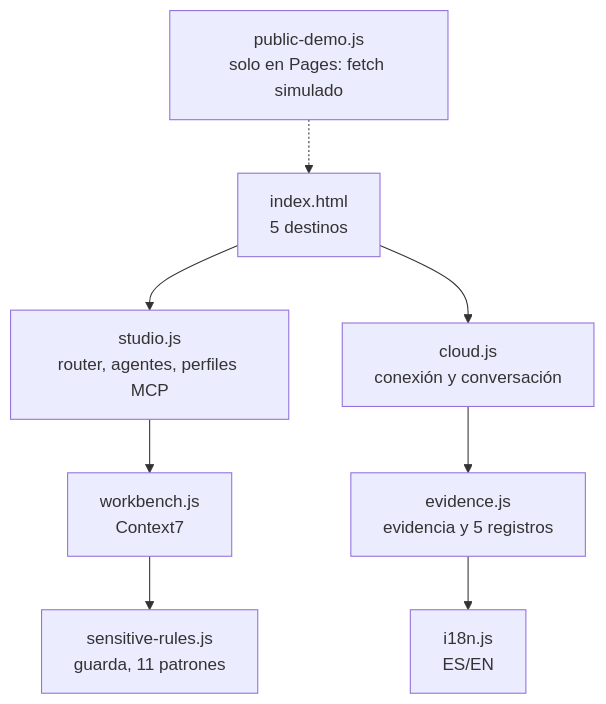
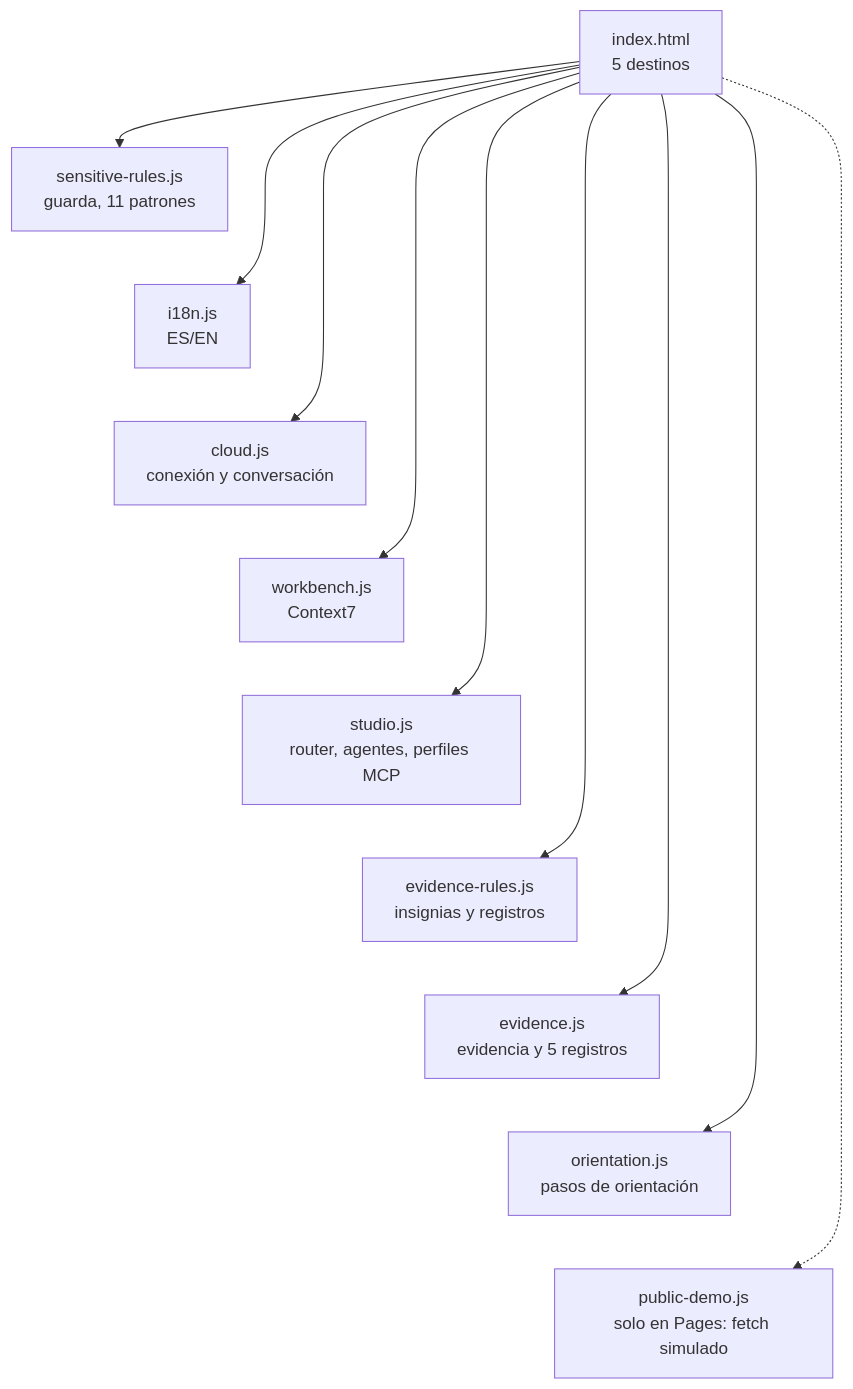
One commit to marcodiazleon/ai-implementation-lab changed the second of 4 diagrams in docs/book/02-arquitectura.md. Above: the diagram before and after it, drawn with Mermaid. The commit also changed other lines of this file and 5 other files, not shown here.

First line of the commit message:
Browser component diagram drawn only from real loads and global uses (R59h, C329)

````diff
--- a/docs/book/02-arquitectura.md
+++ b/docs/book/02-arquitectura.md
@@ -48,10 +48,20 @@
 ```mermaid
 flowchart TB
-  IDX["index.html<br/>5 destinos"] --> ST["studio.js<br/>router, agentes, perfiles MCP"]
-  IDX --> CL["cloud.js<br/>conexión y conversación"]
-  ST --> WB["workbench.js<br/>Context7"]
-  CL --> EV["evidence.js<br/>evidencia y 5 registros"]
-  WB --> SR["sensitive-rules.js<br/>guarda, 11 patrones"]
-  EV --> I18["i18n.js<br/>ES/EN"]
-  PD["public-demo.js<br/>solo en Pages: fetch simulado"] -.-> IDX
+  IDX["index.html<br/>5 destinos"] --> SR["sensitive-rules.js<br/>guarda, 11 patrones"]
+  SR ~~~ I18["i18n.js<br/>ES/EN"]
+  IDX --> I18
+  I18 ~~~ CL["cloud.js<br/>conexión y conversación"]
+  IDX --> CL
+  CL ~~~ WB["workbench.js<br/>Context7"]
+  IDX --> WB
+  WB ~~~ ST["studio.js<br/>router, agentes, perfiles MCP"]
+  IDX --> ST
+  ST ~~~ ER["evidence-rules.js<br/>insignias y registros"]
+  IDX --> ER
+  ER ~~~ EV["evidence.js<br/>evidencia y 5 registros"]
+  IDX --> EV
+  EV ~~~ OR["orientation.js<br/>pasos de orientación"]
+  IDX --> OR
+  OR ~~~ PD["public-demo.js<br/>solo en Pages: fetch simulado"]
+  IDX -.-> PD
 ```
````
